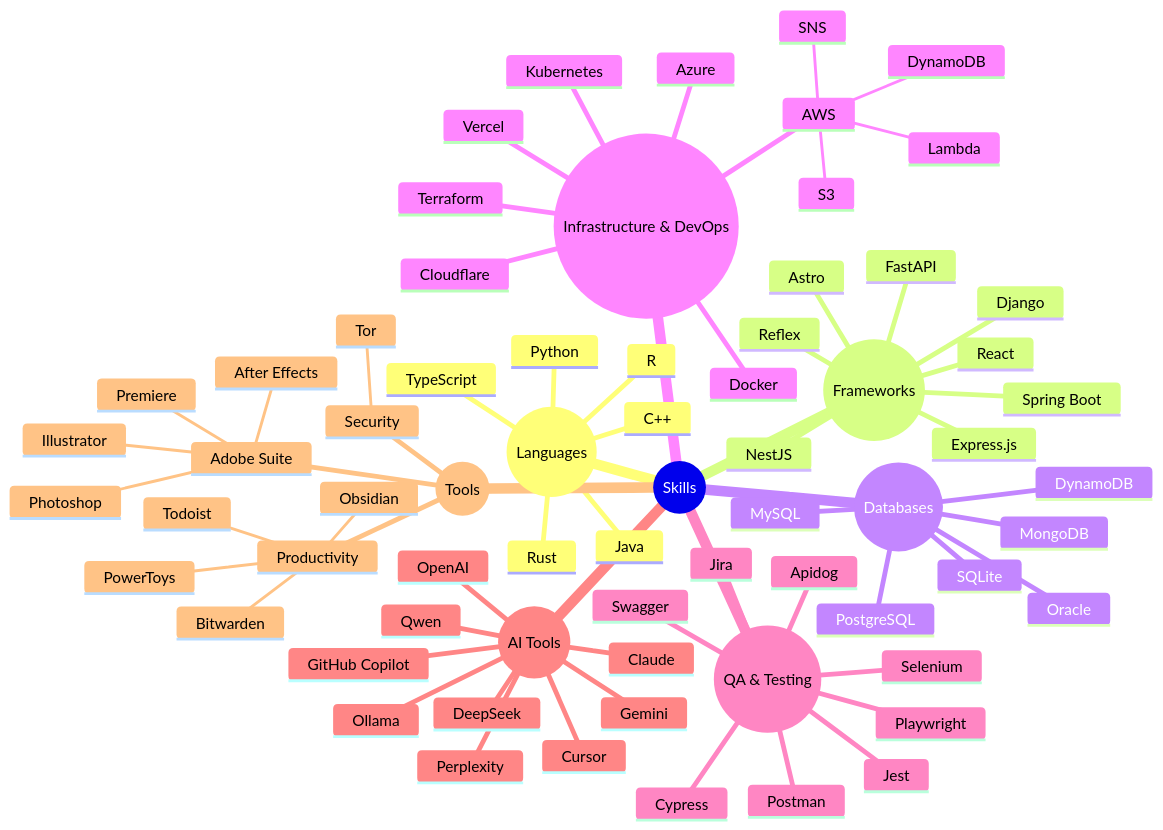
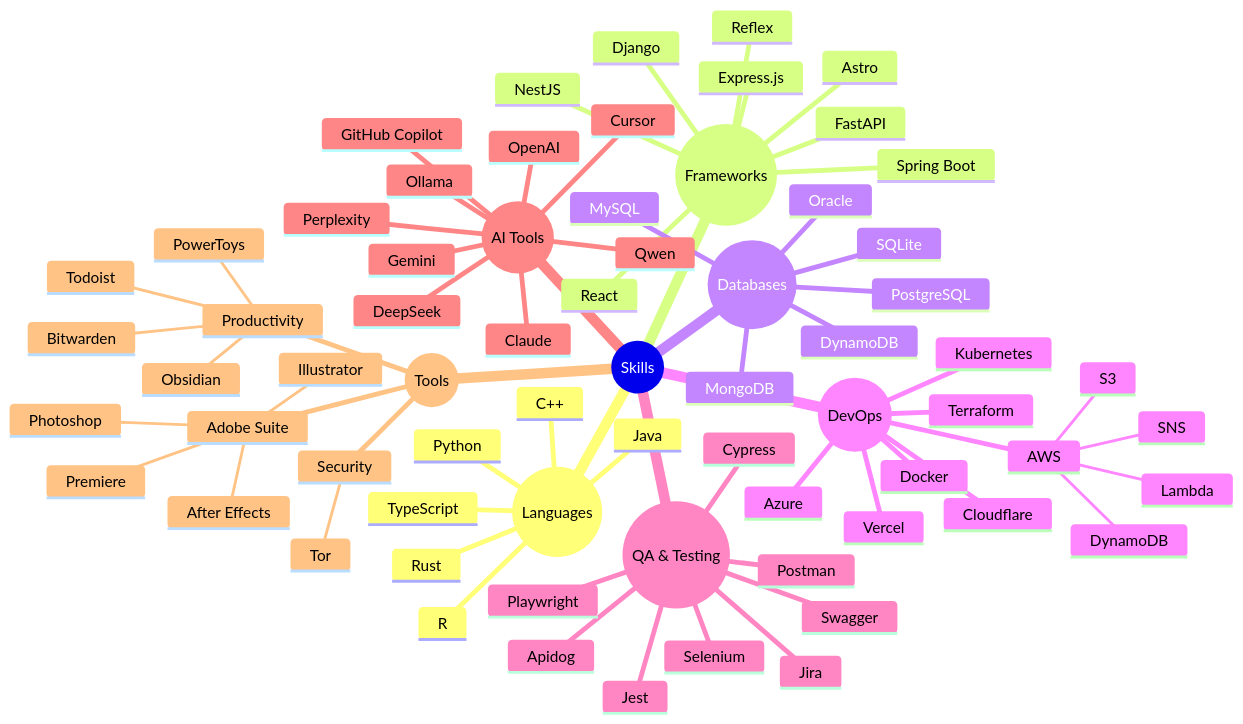
The diagram in README.md (danielbanariba/danielbanariba), drawn with Mermaid before and after one commit. The commit also changed other lines of this file, not shown here.

Commit message:
Quite la palabra de infraestructura, no me gusta y solo deje "DevOps"

````diff
--- a/README.md
+++ b/README.md
@@ -137,71 +147,71 @@
 ```mermaid
 mindmap
   root((Skills))
     ((Languages))
       Python
       Java
       TypeScript
       Rust
       C++
       R
     ((Frameworks))
       Spring Boot
       FastAPI
       Reflex
       Astro
       Django
       Express.js
       NestJS
       React
     ((Databases))
       MySQL
       Oracle
       PostgreSQL
       MongoDB
       SQLite
       DynamoDB
-    ((Infrastructure & DevOps))
+    ((DevOps))
       AWS
         S3
         SNS
         DynamoDB
         Lambda
       Azure
       Cloudflare
       Docker
       Terraform
       Vercel
       Kubernetes
     ((QA & Testing))
       Postman
       Selenium
       Jest
       Cypress
       Playwright
       Jira
       Apidog
       Swagger
     ((AI Tools))
       GitHub Copilot
       Claude
       OpenAI
       Gemini
       Perplexity
       Ollama
       DeepSeek
       Cursor
       Qwen
     ((Tools))
       Adobe Suite
         Illustrator
         Photoshop
         Premiere
         After Effects
       Productivity
         Obsidian
         Bitwarden
         Todoist
         PowerToys
       Security
         Tor
 ```
````
